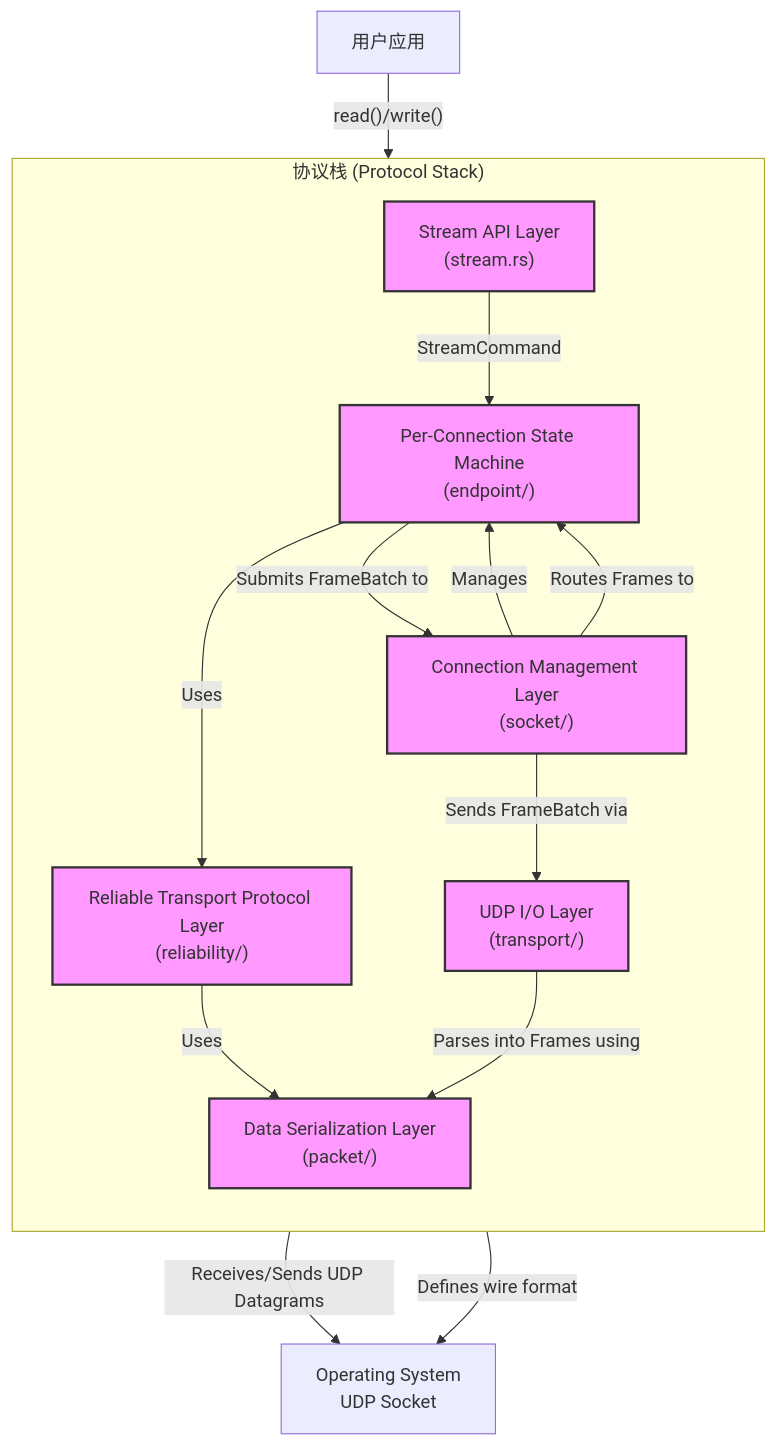
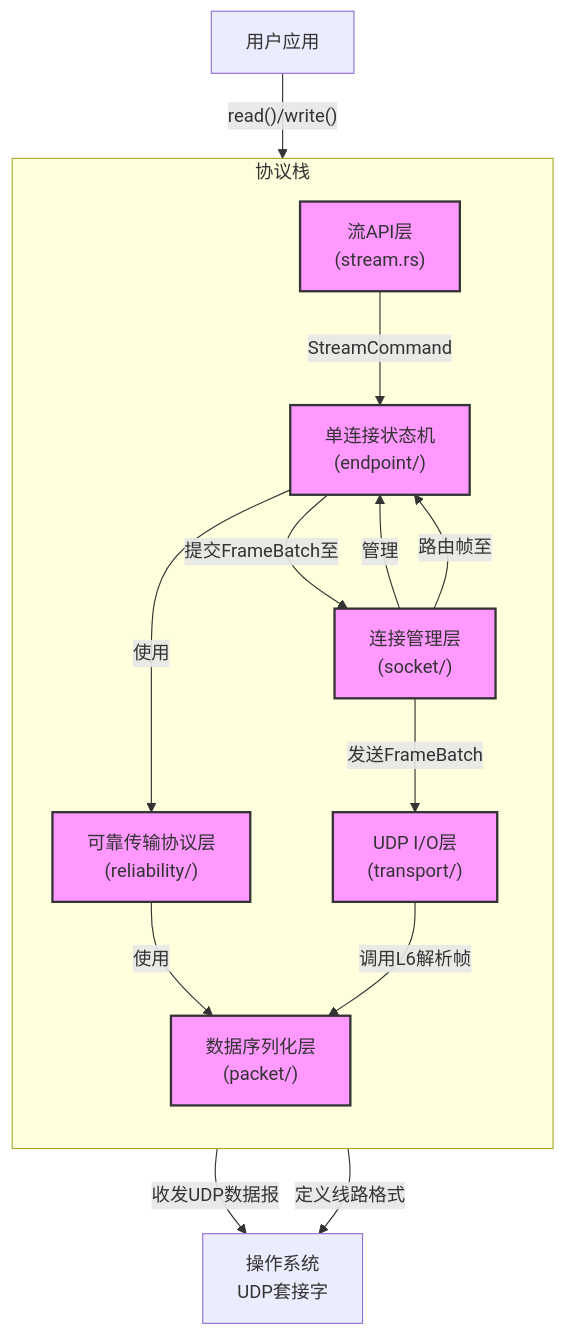
The diagram in docs/src/dev-docs/components/README.md (ShaoG-R/kestrel-protocol), drawn with Mermaid before and after one commit. The commit also changed 4 other files, not shown here.

````diff
--- a/docs/src/dev-docs/components/README.md
+++ b/docs/src/dev-docs/components/README.md
@@ -9,31 +9,31 @@
 ```mermaid
 graph TD
     A["用户应用"]
     
-    subgraph "协议栈 (Protocol Stack)"
+    subgraph "协议栈"
         direction TB
-        L1["Stream API Layer<br>(stream.rs)"]
-        L2["Connection Management Layer<br>(socket/)"]
-        L3["Per-Connection State Machine<br>(endpoint/)"]
-        L4["Reliable Transport Protocol Layer<br>(reliability/)"]
-        L5["UDP I/O Layer<br>(transport/)"]
-        L6["Data Serialization Layer<br>(packet/)"]
+        L1["流API层<br>(stream.rs)"]
+        L2["连接管理层<br>(socket/)"]
+        L3["单连接状态机<br>(endpoint/)"]
+        L4["可靠传输协议层<br>(reliability/)"]
+        L5["UDP I/O层<br>(transport/)"]
+        L6["数据序列化层<br>(packet/)"]
     end
     
-    B["Operating System<br>UDP Socket"]
+    B["操作系统<br>UDP套接字"]
 
     A -- "read()/write()" --> L1
     L1 -- "StreamCommand" --> L3
-    L2 -- "Manages" --> L3
-    L2 -- "Routes Frames to" --> L3
-    L3 -- "Uses" --> L4
-    L3 -- "Submits FrameBatch to" --> L2
-    L2 -- "Sends FrameBatch via" --> L5
-    L4 -- "Uses" --> L6
-    L5 -- "Receives/Sends UDP Datagrams" --> B
-    L5 -- "Parses into Frames using" --> L6
-    L6 -- "Defines wire format" --> B
+    L2 -- "管理" --> L3
+    L2 -- "路由帧至" --> L3
+    L3 -- "使用" --> L4
+    L3 -- "提交FrameBatch至" --> L2
+    L2 -- "发送FrameBatch" --> L5
+    L4 -- "使用" --> L6
+    L5 -- "收发UDP数据报" --> B
+    L5 -- "调用L6解析帧" --> L6
+    L6 -- "定义线路格式" --> B
 
     classDef layer fill:#f9f,stroke:#333,stroke-width:2px;
     class L1,L2,L3,L4,L5,L6 layer;
 ```
````
